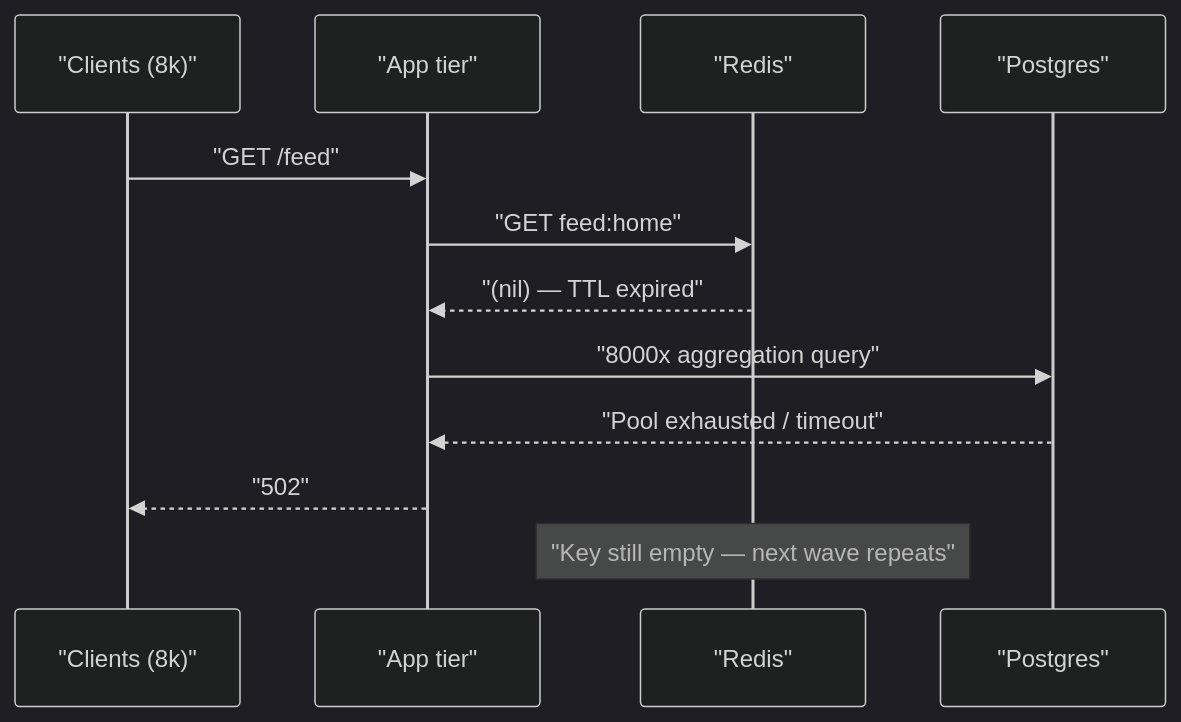
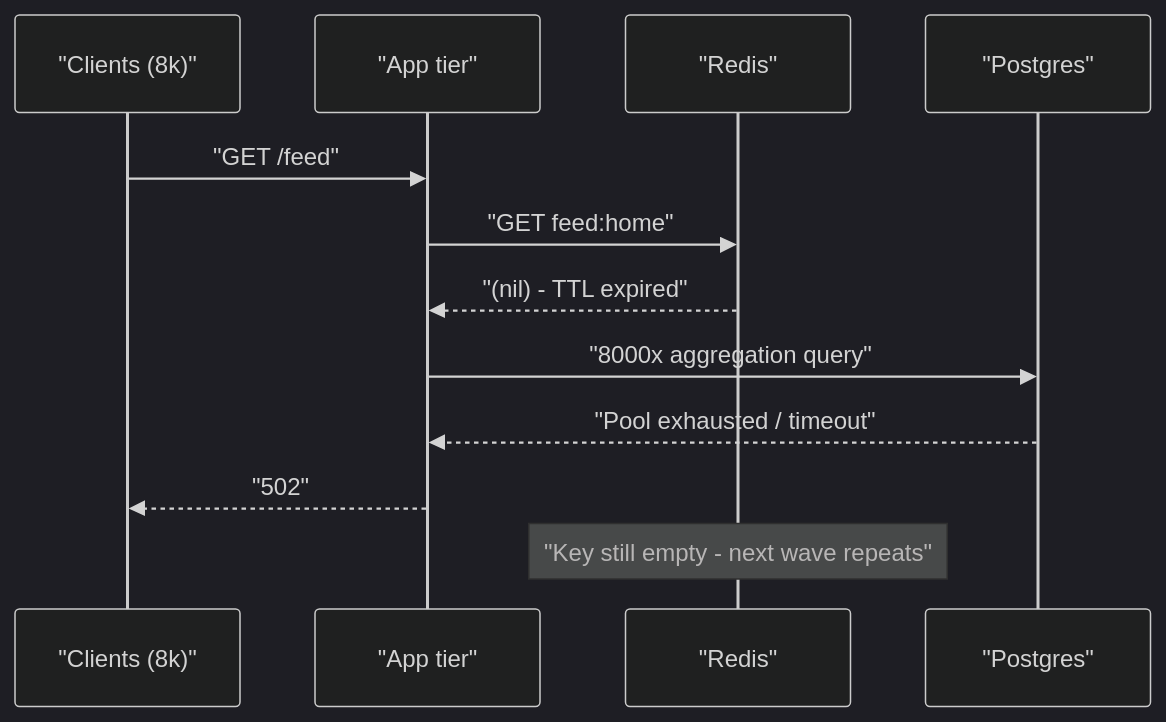
Before and after one commit to asif-cse-kuet/asif-hasan-tonmoy: the first of 2 diagrams in src/content/articles/industry/cache-stampede-prevention.bn.md, drawn with Mermaid (dark theme). The commit also changed other lines of this file and 290 other files, not shown here.

Commit message:
Position the site as a stack-agnostic architect with overlay nav and a fuller DevOps strip.

````diff
--- a/src/content/articles/industry/cache-stampede-prevention.bn.md
+++ b/src/content/articles/industry/cache-stampede-prevention.bn.md
@@ -28,14 +28,14 @@
 ```mermaid
 sequenceDiagram
     participant C as "Clients (8k)"
     participant A as "App tier"
     participant R as "Redis"
     participant D as "Postgres"
     C->>A: "GET /feed"
     A->>R: "GET feed:home"
-    R-->>A: "(nil) — TTL expired"
+    R-->>A: "(nil) - TTL expired"
     A->>D: "8000x aggregation query"
     D-->>A: "Pool exhausted / timeout"
     A-->>C: "502"
-    Note over R: "Key still empty — next wave repeats"
+    Note over R: "Key still empty - next wave repeats"
 ```
````
